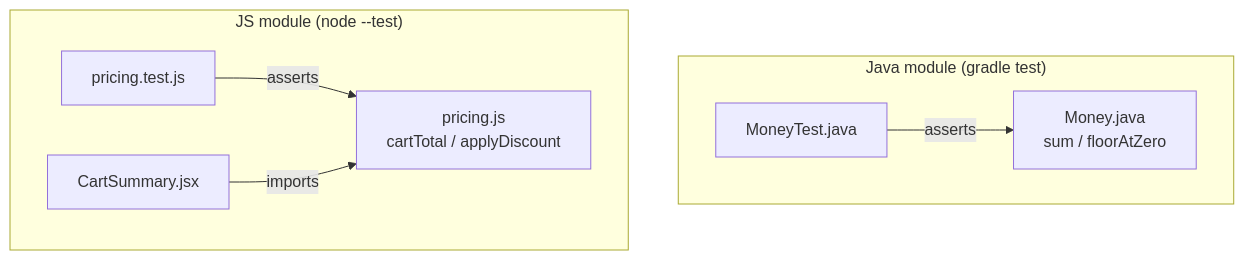
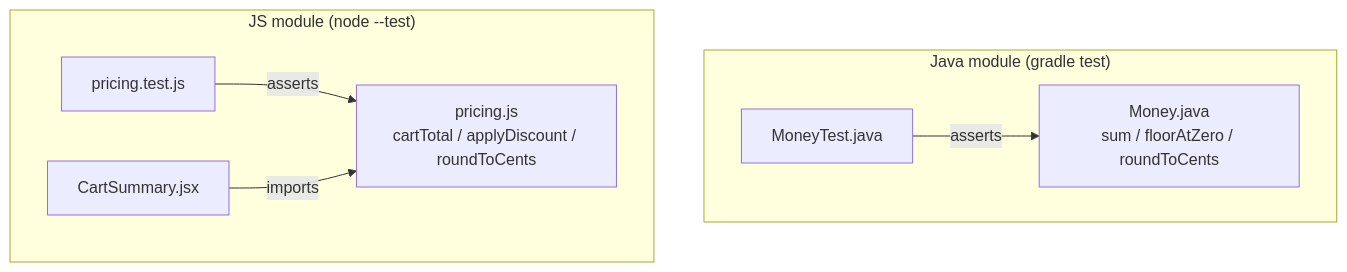
One commit to prakharFuse/rbe-polyglot-react-java changed the diagram in .backlogzero/knowledge/architecture.md. Above: the diagram before and after it, drawn with Mermaid. The commit also changed other lines of this file and 5 other files, not shown here.

````diff
--- a/.backlogzero/knowledge/architecture.md
+++ b/.backlogzero/knowledge/architecture.md
@@ -26,16 +28,16 @@
 ```mermaid
 flowchart TB
     subgraph Java["Java module (gradle test)"]
-        Money["Money.java\nsum / floorAtZero"]
+        Money["Money.java\nsum / floorAtZero / roundToCents"]
         MoneyTest["MoneyTest.java"]
         MoneyTest -->|asserts| Money
     end
 
     subgraph JS["JS module (node --test)"]
-        Pricing["pricing.js\ncartTotal / applyDiscount"]
+        Pricing["pricing.js\ncartTotal / applyDiscount / roundToCents"]
         PricingTest["pricing.test.js"]
         CartSummary["CartSummary.jsx"]
         PricingTest -->|asserts| Pricing
         CartSummary -->|imports| Pricing
     end
 ```
````
